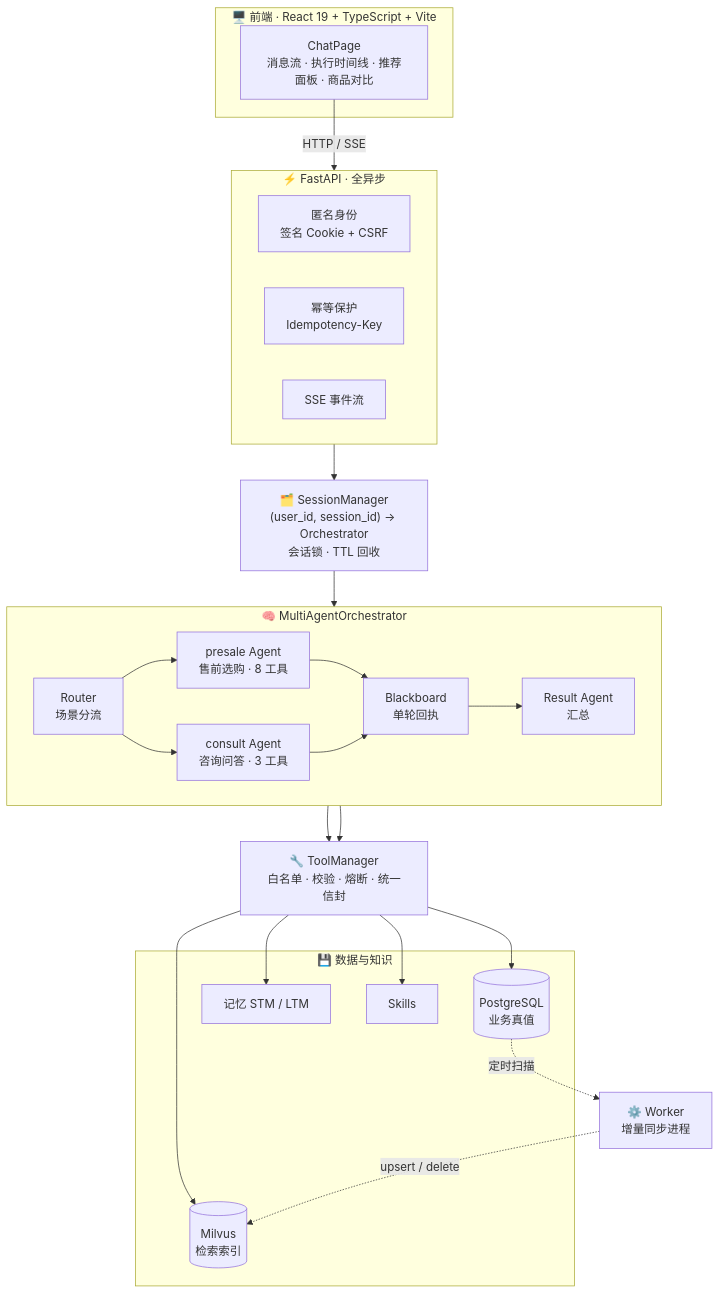
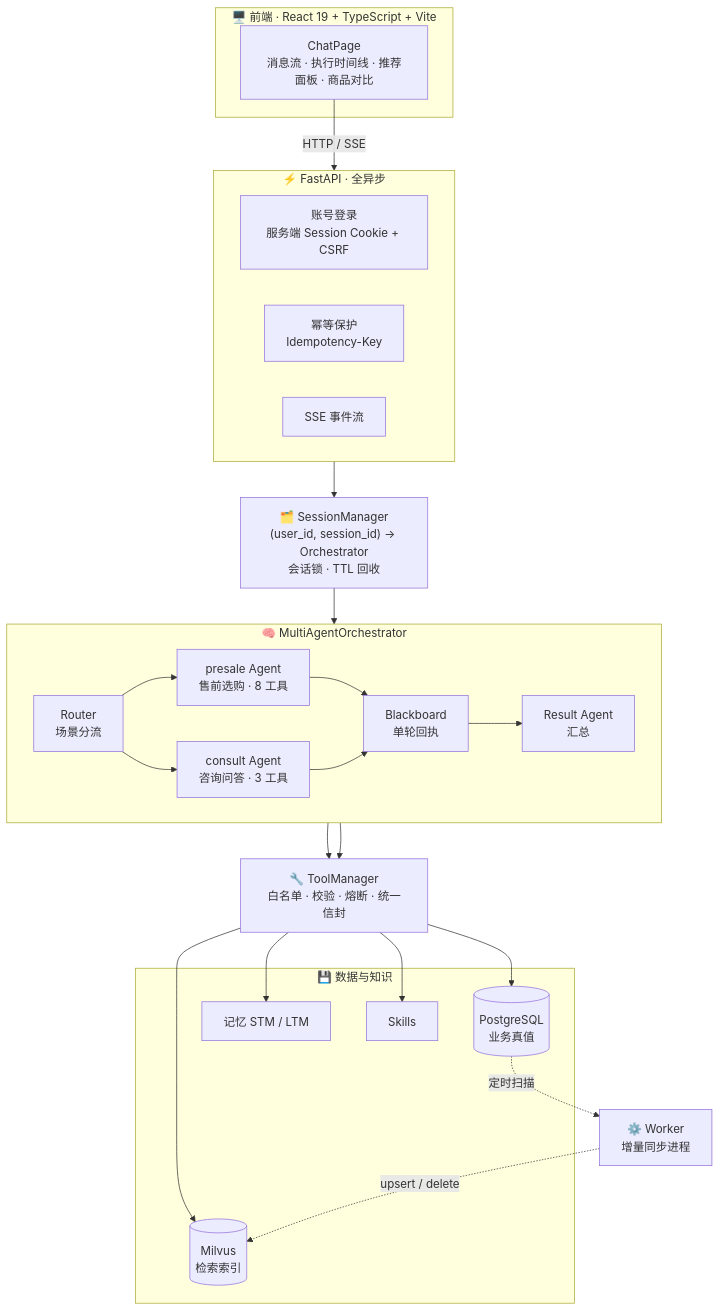
Before and after one commit to YW216/pickwise-agent: the first of 8 diagrams in README.md, drawn with Mermaid. The commit also changed other lines of this file and 23 other files, not shown here.

````diff
--- a/README.md
+++ b/README.md
@@ -58,42 +58,42 @@
 ```mermaid
 flowchart TB
     subgraph FE["🖥️ 前端 · React 19 + TypeScript + Vite"]
         UI["ChatPage<br/>消息流 · 执行时间线 · 推荐面板 · 商品对比"]
     end
 
     subgraph API["⚡ FastAPI · 全异步"]
         direction LR
-        AUTH["匿名身份<br/>签名 Cookie + CSRF"]
+        AUTH["账号登录<br/>服务端 Session Cookie + CSRF"]
         IDEM["幂等保护<br/>Idempotency-Key"]
         SSE["SSE 事件流"]
     end
 
     SM["🗂️ SessionManager<br/>(user_id, session_id) → Orchestrator<br/>会话锁 · TTL 回收"]
 
     subgraph MA["🧠 MultiAgentOrchestrator"]
         direction LR
         RT["Router<br/>场景分流"]
         P["presale Agent<br/>售前选购 · 8 工具"]
         C["consult Agent<br/>咨询问答 · 3 工具"]
         BB["Blackboard<br/>单轮回执"]
         RS["Result Agent<br/>汇总"]
         RT --> P & C
         P & C --> BB --> RS
     end
 
     TM["🔧 ToolManager<br/>白名单 · 校验 · 熔断 · 统一信封"]
 
     subgraph DATA["💾 数据与知识"]
         PG[("PostgreSQL<br/>业务真值")]
         MV[("Milvus<br/>检索索引")]
         MEM["记忆 STM / LTM"]
         SK["Skills"]
     end
 
     W["⚙️ Worker<br/>增量同步进程"]
 
     UI -->|"HTTP / SSE"| API --> SM --> MA
     P & C --> TM
     TM --> PG & MV & MEM & SK
     PG -.->|"定时扫描"| W -.->|"upsert / delete"| MV
 ```
````
